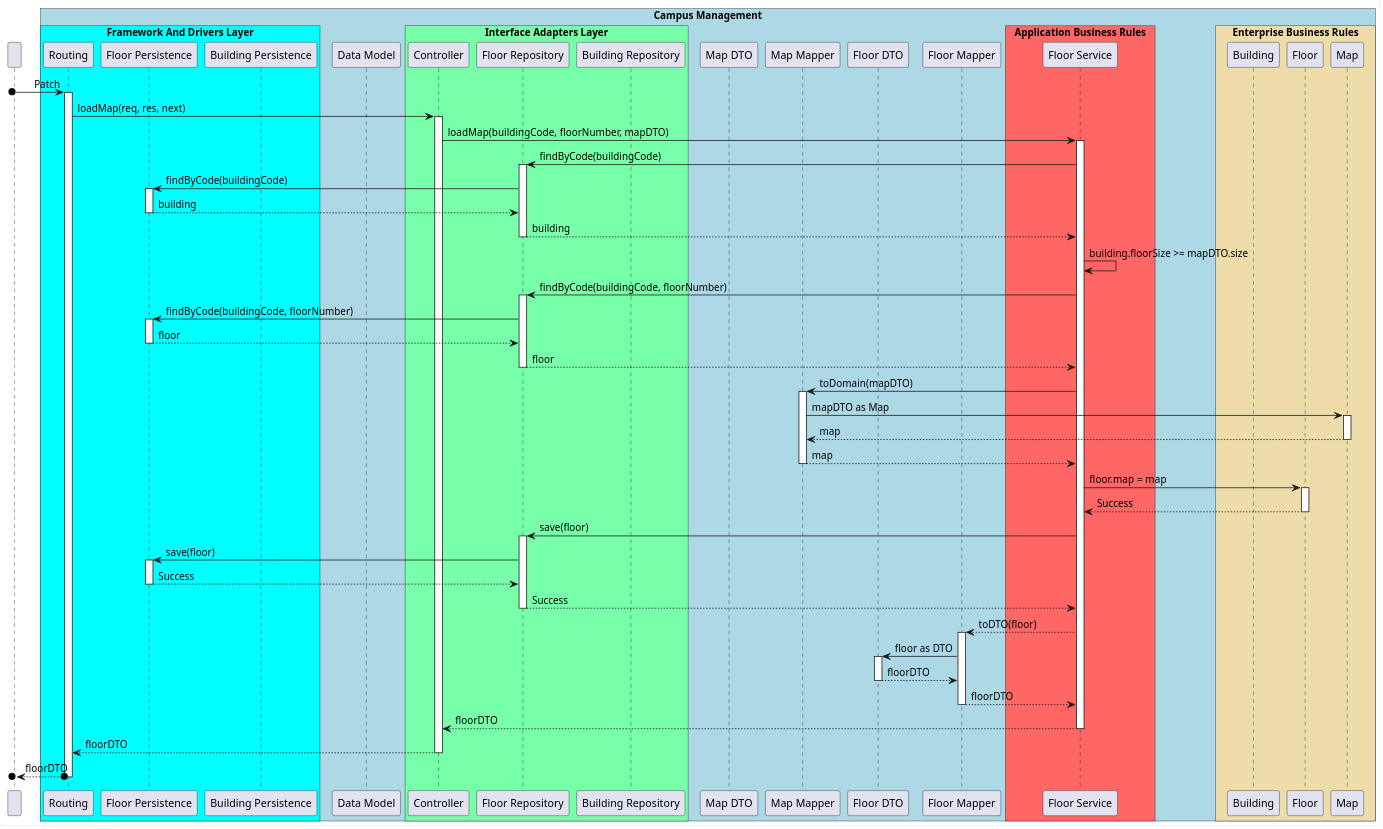
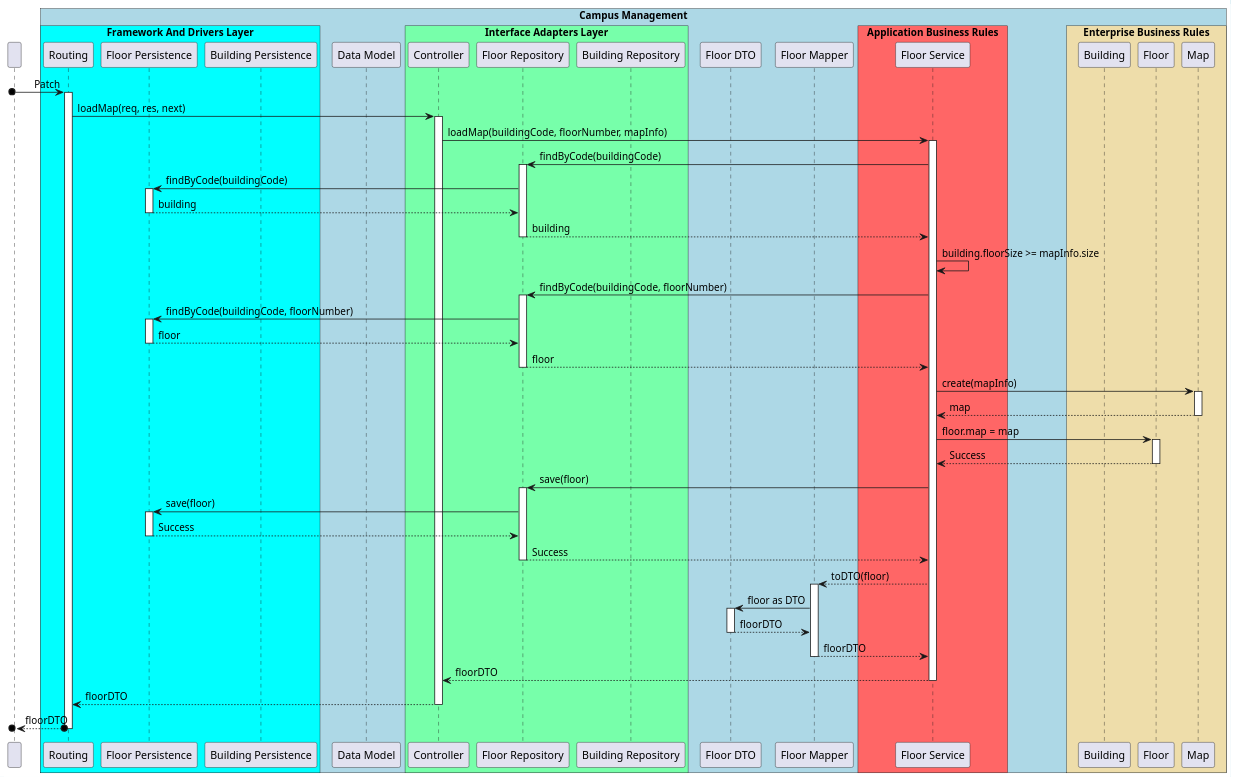
Before and after one commit to winqus/RobDroneGo: the diagram in docs/US/ID-230/SD lv3.puml, drawn with PlantUML.

Commit message:
Update SD lv3 ID230

```diff
--- a/docs/US/ID-230/SD lv3.puml
+++ b/docs/US/ID-230/SD lv3.puml
@@ -1,124 +1,117 @@
 @startuml SD Lv3
 
 !pragma teoz true
 
 participant " "
 box "Campus Management" #LightBlue
 
     box "Framework And Drivers Layer" #00ffff
         participant Routing
         participant "Floor Persistence" as FloorPers
         participant "Building Persistence" as BuildingPers
     end box
 
     participant "Data Model" as Data
     box "Interface Adapters Layer" #77ffaa
         participant Controller
         participant "Floor Repository" as FloorRepo
         participant "Building Repository" as BuildingRepo
     end box
 
-    participant "Map DTO" as MapDTO
-    participant "Map Mapper" as MapMapper
     participant "Floor DTO" as FloorDTO
     participant "Floor Mapper" as FloorMapper
     box "Application Business Rules" #ff6666
         participant "Floor Service" as FloorService
     end box
 
     box "Enterprise Business Rules" #eeddaa
         participant Building
         participant Floor
         participant Map
     end box
 end box
 
 
 [o-> Routing : Patch 
 activate Routing
 
     Routing -> Controller : loadMap(req, res, next)
     activate Controller
 
-        Controller -> FloorService : loadMap(buildingCode, floorNumber, mapDTO)
+        Controller -> FloorService : loadMap(buildingCode, floorNumber, mapInfo)
         activate FloorService
 
             FloorService -> FloorRepo : findByCode(buildingCode)
             activate FloorRepo
 
                 FloorRepo -> FloorPers : findByCode(buildingCode)
                 activate FloorPers
 
                 FloorPers --> FloorRepo : building
                 deactivate FloorPers
 
             FloorRepo --> FloorService : building
             deactivate FloorRepo
 
-            FloorService -> FloorService : building.floorSize >= mapDTO.size
+            FloorService -> FloorService : building.floorSize >= mapInfo.size
 
             FloorService -> FloorRepo : findByCode(buildingCode, floorNumber)
             activate FloorRepo
 
                 FloorRepo -> FloorPers : findByCode(buildingCode, floorNumber)
                 activate FloorPers
 
                 FloorPers --> FloorRepo : floor
                 deactivate FloorPers
 
             FloorRepo --> FloorService : floor
             deactivate FloorRepo
 
-            FloorService -> MapMapper : toDomain(mapDTO)
-            activate MapMapper
 
-                MapMapper -> Map : mapDTO as Map
-                activate Map
+            FloorService -> Map: create(mapInfo)
+            activate Map
 
-                Map --> MapMapper : map
-                deactivate Map
-            
-            MapMapper --> FloorService : map
-            deactivate MapMapper
+            Map --> FloorService : map
+            deactivate Map
 
             FloorService -> Floor : floor.map = map
             activate Floor
 
             Floor --> FloorService : Success
             deactivate Floor
 
             FloorService -> FloorRepo : save(floor)
             activate FloorRepo
 
                 FloorRepo -> FloorPers : save(floor)
                 activate FloorPers
 
                 FloorPers --> FloorRepo : Success
                 deactivate FloorPers
 
             FloorRepo --> FloorService : Success
             deactivate FloorRepo
 
             FloorService --> FloorMapper : toDTO(floor)
             activate FloorMapper
 
                 FloorMapper -> FloorDTO : floor as DTO
                 activate FloorDTO
 
                 FloorDTO --> FloorMapper : floorDTO
                 deactivate FloorDTO
 
             FloorMapper --> FloorService : floorDTO
             deactivate FloorMapper
 
         FloorService --> Controller : floorDTO
         deactivate FloorService
 
     Controller --> Routing : floorDTO
     deactivate Controller
 
 [o<--o Routing : floorDTO
 deactivate Routing
 
 
 @enduml
```
